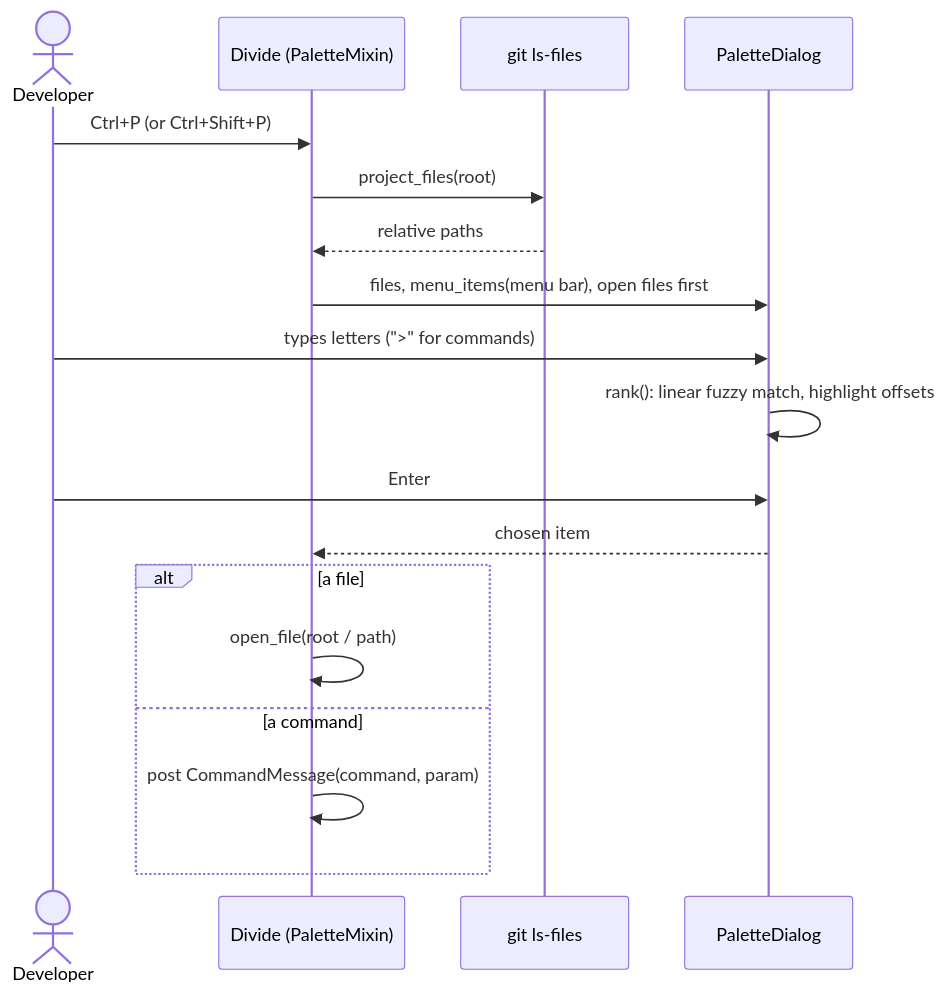
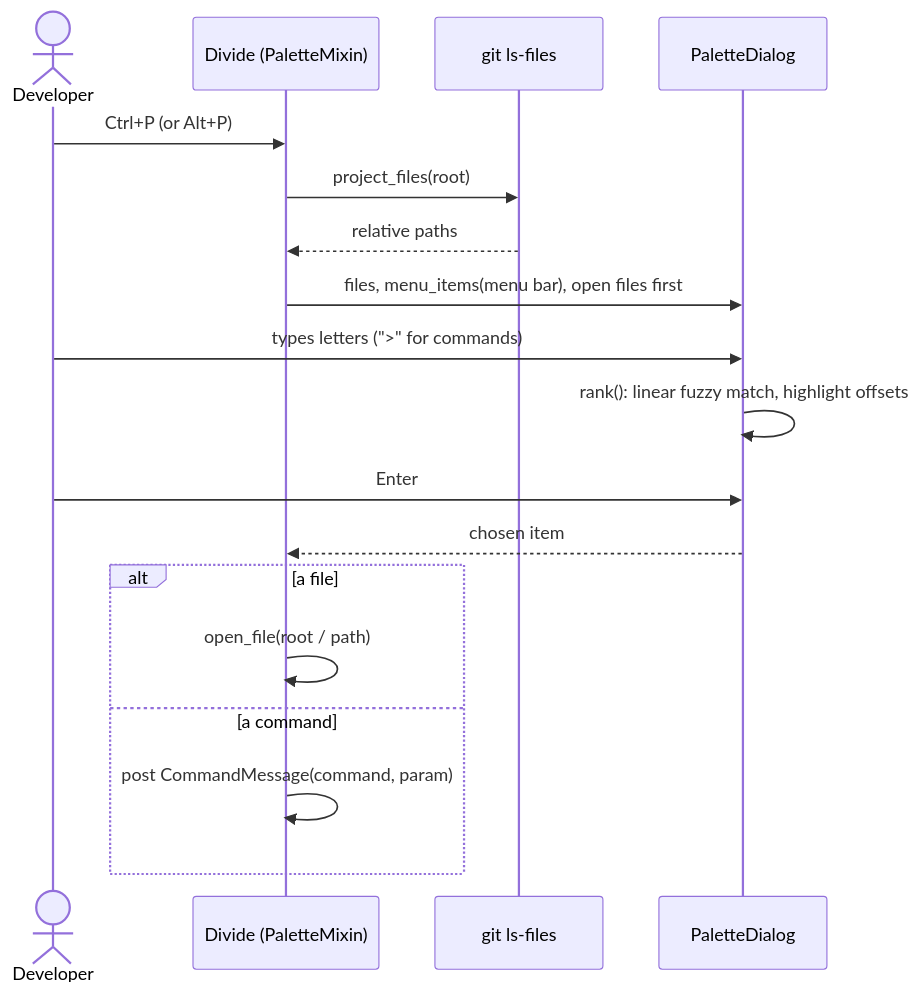
Before and after one commit to divengine/divide: the fourth of 5 diagrams in docs/design-model.md, drawn with Mermaid. The commit also changed 15 other files, not shown here.

Commit message:
Command palette on Alt+P and Find in files on Shift+F2 (Borland Pascal's Grep): Windows Terminal keeps Ctrl+Shift+P and Ctrl+Shift+F for itself; those stay as alternatives where the terminal passes them on

````diff
--- a/docs/design-model.md
+++ b/docs/design-model.md
@@ -186,20 +186,20 @@
 ```mermaid
 sequenceDiagram
     actor Dev as Developer
     participant App as Divide (PaletteMixin)
     participant G as git ls-files
     participant D as PaletteDialog
-    Dev->>App: Ctrl+P (or Ctrl+Shift+P)
+    Dev->>App: Ctrl+P (or Alt+P)
     App->>G: project_files(root)
     G-->>App: relative paths
     App->>D: files, menu_items(menu bar), open files first
     Dev->>D: types letters (">" for commands)
     D->>D: rank(): linear fuzzy match, highlight offsets
     Dev->>D: Enter
     D-->>App: chosen item
     alt a file
         App->>App: open_file(root / path)
     else a command
         App->>App: post CommandMessage(command, param)
     end
 ```
````
